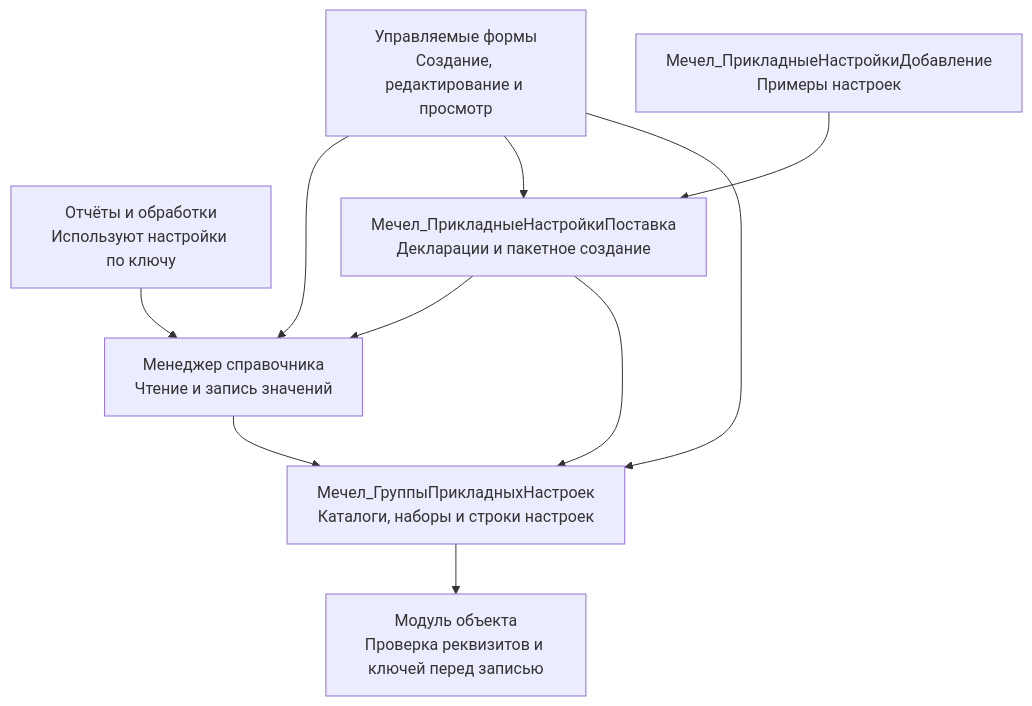
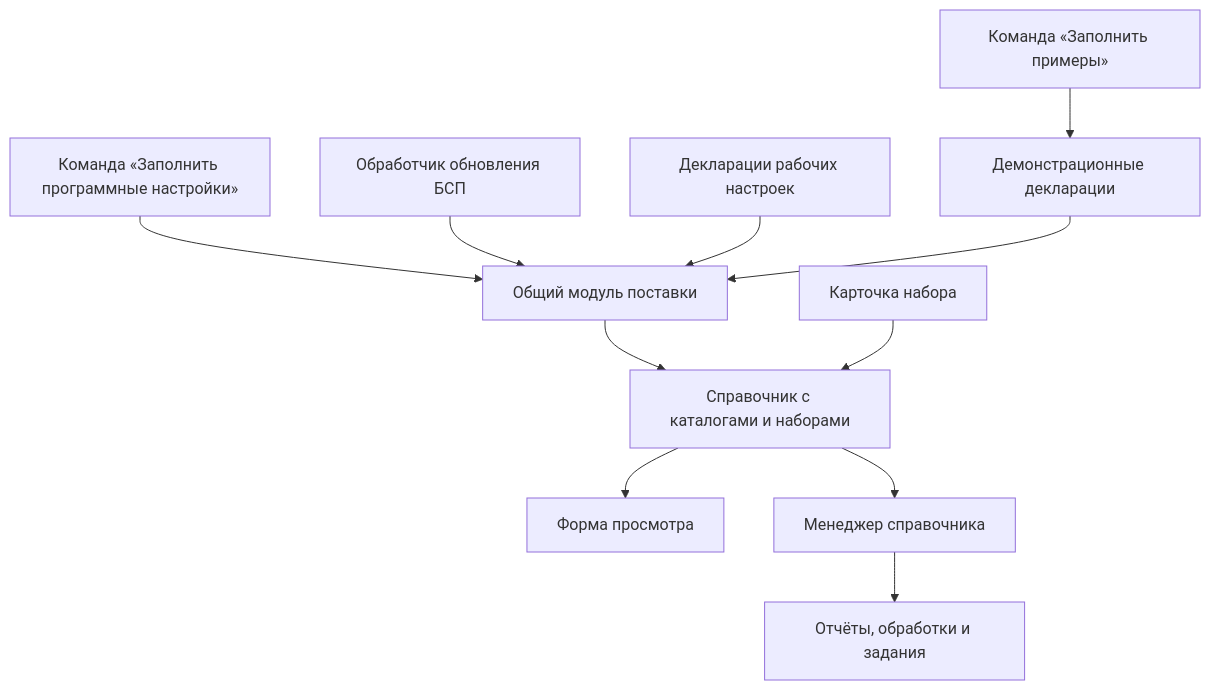
Before and after one commit to nagaitseff/temp: the diagram in Константы/README.md, drawn with Mermaid. The commit also changed other lines of this file and 3 other files, not shown here.

````diff
--- a/Константы/README.md
+++ b/Константы/README.md
@@ -5,18 +9,13 @@
 ```mermaid
 flowchart TD
-    UI["Управляемые формы<br/>Создание, редактирование и просмотр"]
-    APP["Отчёты и обработки<br/>Используют настройки по ключу"]
-    SUPPLY["Мечел_ПрикладныеНастройкиПоставка<br/>Декларации и пакетное создание"]
-    MANAGER["Менеджер справочника<br/>Чтение и запись значений"]
-    DATA["Мечел_ГруппыПрикладныхНастроек<br/>Каталоги, наборы и строки настроек"]
-    OBJECT["Модуль объекта<br/>Проверка реквизитов и ключей перед записью"]
-    UI --> MANAGER
-    UI --> SUPPLY
-    UI --> DATA
-    APP --> MANAGER
-    EXAMPLES["Мечел_ПрикладныеНастройкиДобавление<br/>Примеры настроек"] --> SUPPLY
-    SUPPLY --> MANAGER
-    SUPPLY --> DATA
-    MANAGER --> DATA
-    DATA --> OBJECT
+    Manual["Команда «Заполнить программные настройки»"] --> Fill["Общий модуль поставки"]
+    BSP["Обработчик обновления БСП"] --> Fill
+    Work["Декларации рабочих настроек"] --> Fill
+    DemoCommand["Команда «Заполнить примеры»"] --> Demo["Демонстрационные декларации"]
+    Demo --> Fill
+    Fill --> Catalog["Справочник с каталогами и наборами"]
+    Form["Карточка набора"] --> Catalog
+    Catalog --> View["Форма просмотра"]
+    Catalog --> Manager["Менеджер справочника"]
+    Manager --> Code["Отчёты, обработки и задания"]
 ```
````
